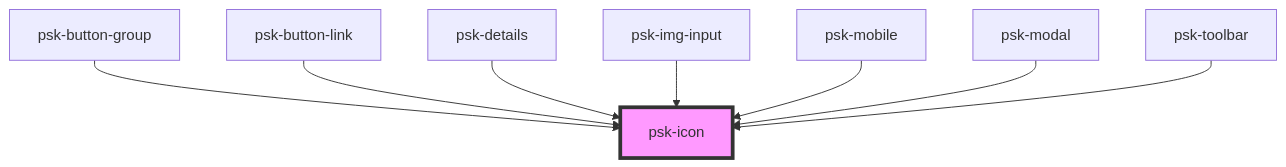
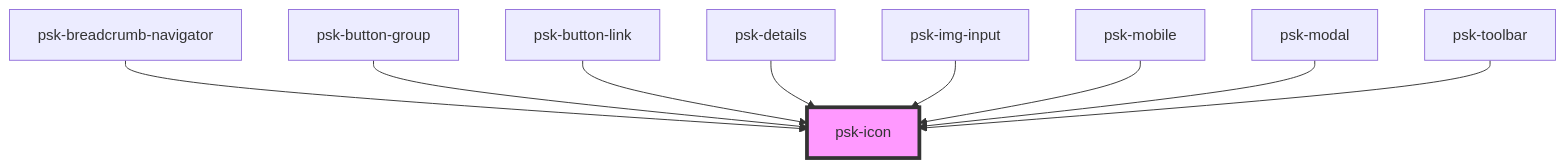
Before and after one commit to daniel-visoiu/cardinal: the diagram in src/components/psk-icon/readme.md, drawn with Mermaid. The commit also changed other lines of this file and 9 other files, not shown here.

Commit message:
added psk-breadcrumb-navigator component

````diff
--- a/src/components/psk-icon/readme.md
+++ b/src/components/psk-icon/readme.md
@@ -31,11 +32,12 @@
 ```mermaid
 graph TD;
+  psk-breadcrumb-navigator --> psk-icon
   psk-button-group --> psk-icon
   psk-button-link --> psk-icon
   psk-details --> psk-icon
   psk-img-input --> psk-icon
   psk-mobile --> psk-icon
   psk-modal --> psk-icon
   psk-toolbar --> psk-icon
   style psk-icon fill:#f9f,stroke:#333,stroke-width:4px
 ```
````
